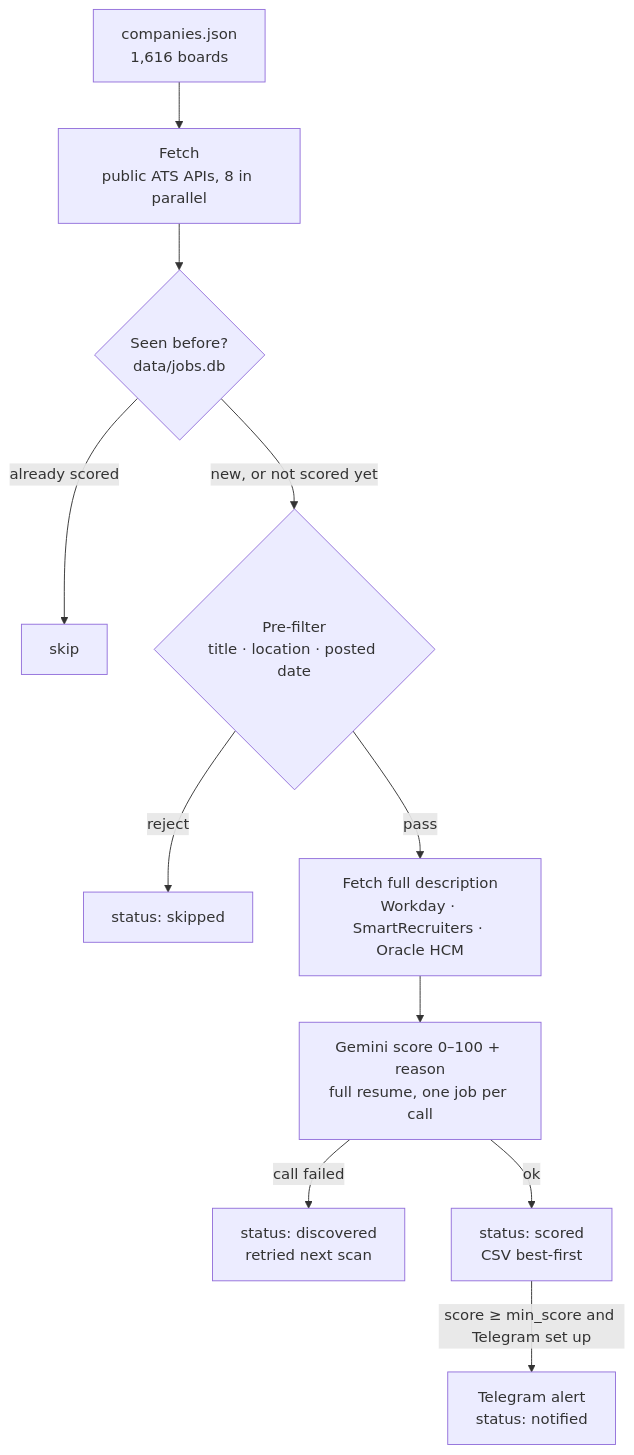
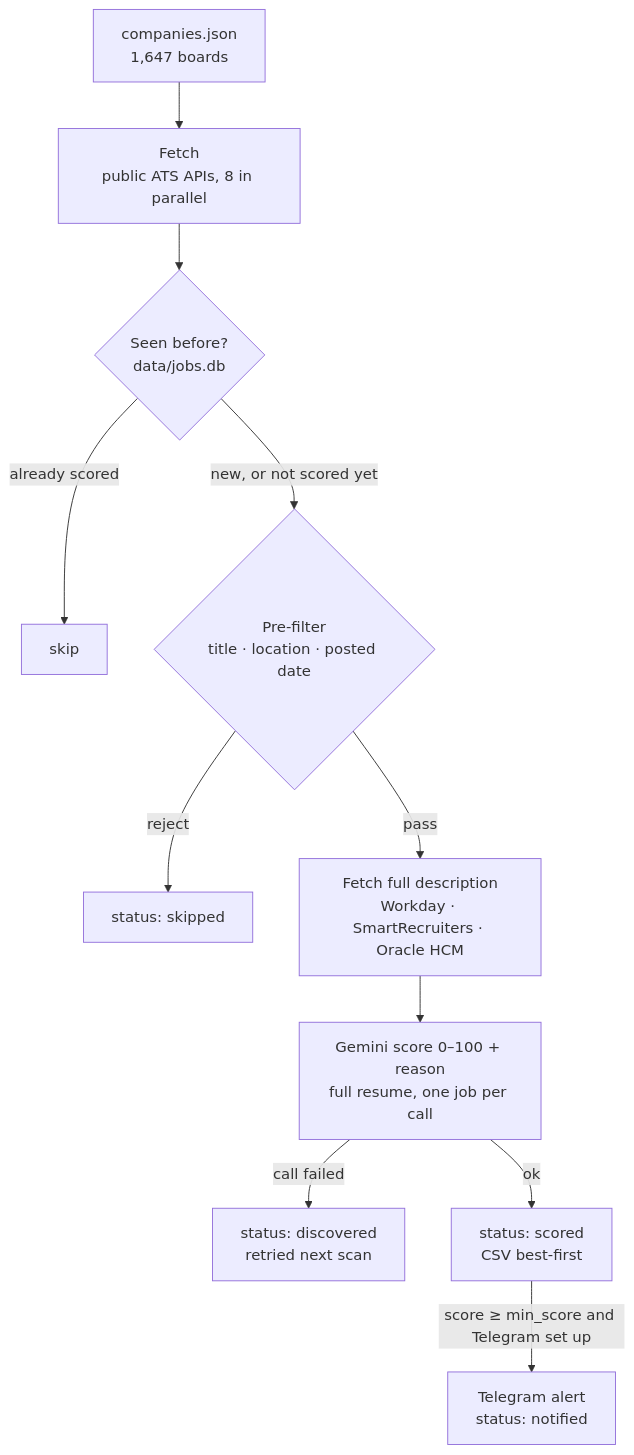
Before and after one commit to Manish814142/rolesight: the diagram in README.md, drawn with Mermaid. The commit also changed other lines of this file and 20 other files, not shown here.

````diff
--- a/README.md
+++ b/README.md
@@ -86,13 +86,13 @@
 ```mermaid
 flowchart TD
-    C["companies.json<br/>1,616 boards"] --> F["Fetch<br/>public ATS APIs, 8 in parallel"]
+    C["companies.json<br/>1,647 boards"] --> F["Fetch<br/>public ATS APIs, 8 in parallel"]
     F --> D{"Seen before?<br/>data/jobs.db"}
     D -- "already scored" --> X["skip"]
     D -- "new, or not scored yet" --> P{"Pre-filter<br/>title · location · posted date"}
     P -- reject --> S["status: skipped"]
     P -- pass --> E["Fetch full description<br/>Workday · SmartRecruiters · Oracle HCM"]
     E --> G["Gemini score 0–100 + reason<br/>full resume, one job per call"]
     G -- "call failed" --> R["status: discovered<br/>retried next scan"]
     G -- ok --> O["status: scored<br/>CSV best-first"]
     O -- "score ≥ min_score and Telegram set up" --> T["Telegram alert<br/>status: notified"]
 ```
````
